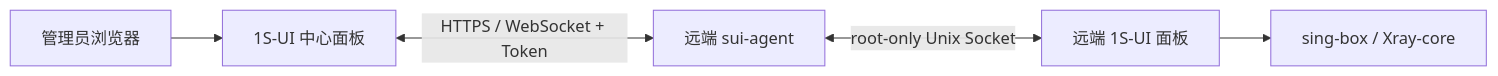
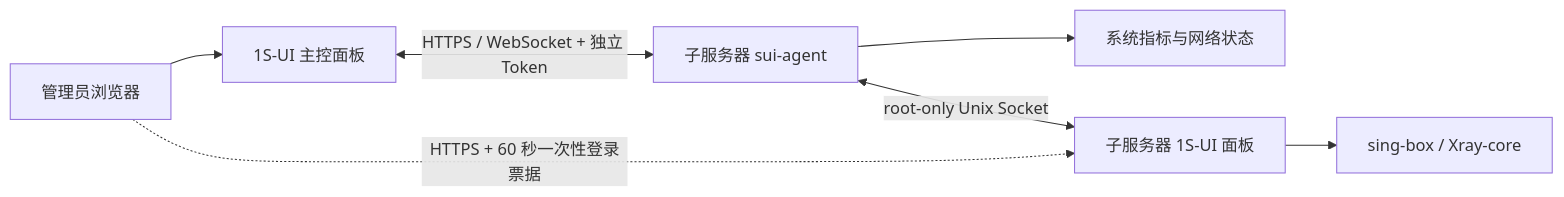
One commit to Hhz0823/1s-ui changed the diagram in README.md. Above: the diagram before and after it, drawn with Mermaid. The commit also changed other lines of this file and 30 other files, not shown here.

````diff
--- a/README.md
+++ b/README.md
@@ -191,7 +54,9 @@
 ```mermaid
 flowchart LR
-    A["管理员浏览器"] --> B["1S-UI 中心面板"]
-    B <-->|"HTTPS / WebSocket + Token"| C["远端 sui-agent"]
-    C <-->|"root-only Unix Socket"| D["远端 1S-UI 面板"]
-    D --> E["sing-box / Xray-core"]
+    A["管理员浏览器"] --> B["1S-UI 主控面板"]
+    B <-->|"HTTPS / WebSocket + 独立 Token"| C["子服务器 sui-agent"]
+    C --> D["系统指标与网络状态"]
+    C <-->|"root-only Unix Socket"| E["子服务器 1S-UI 面板"]
+    E --> F["sing-box / Xray-core"]
+    A -.->|"HTTPS + 60 秒一次性登录票据"| E
 ```
````
